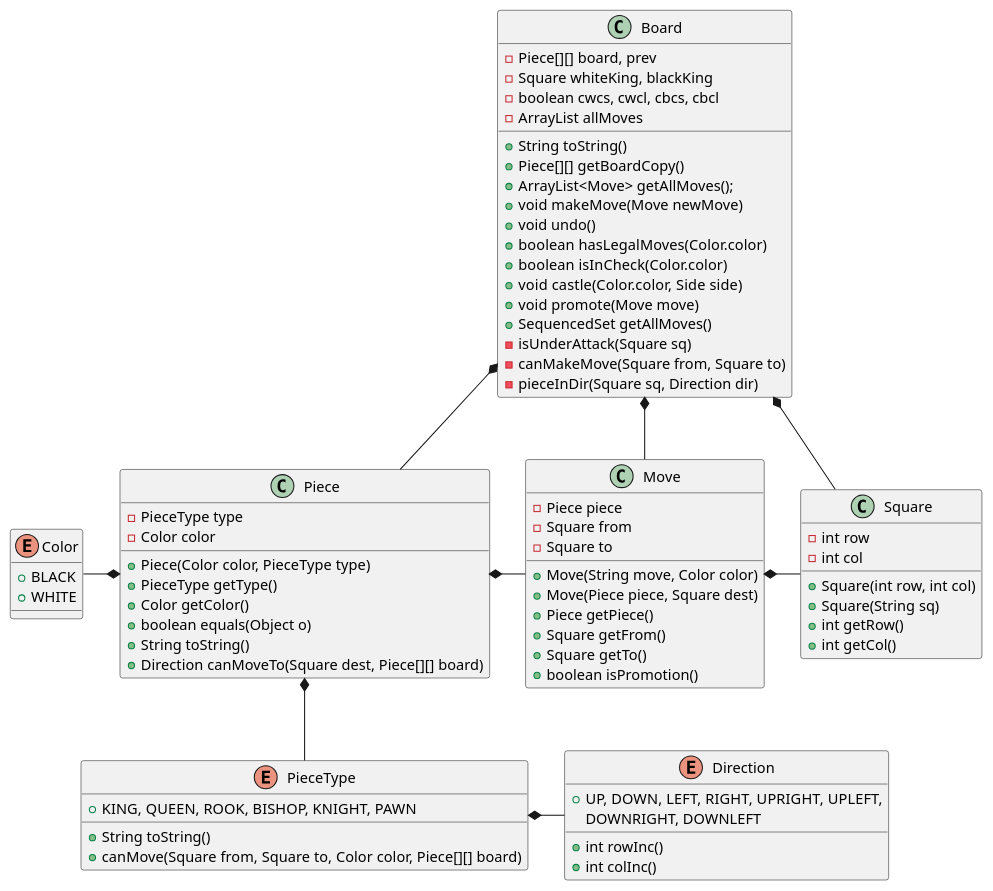
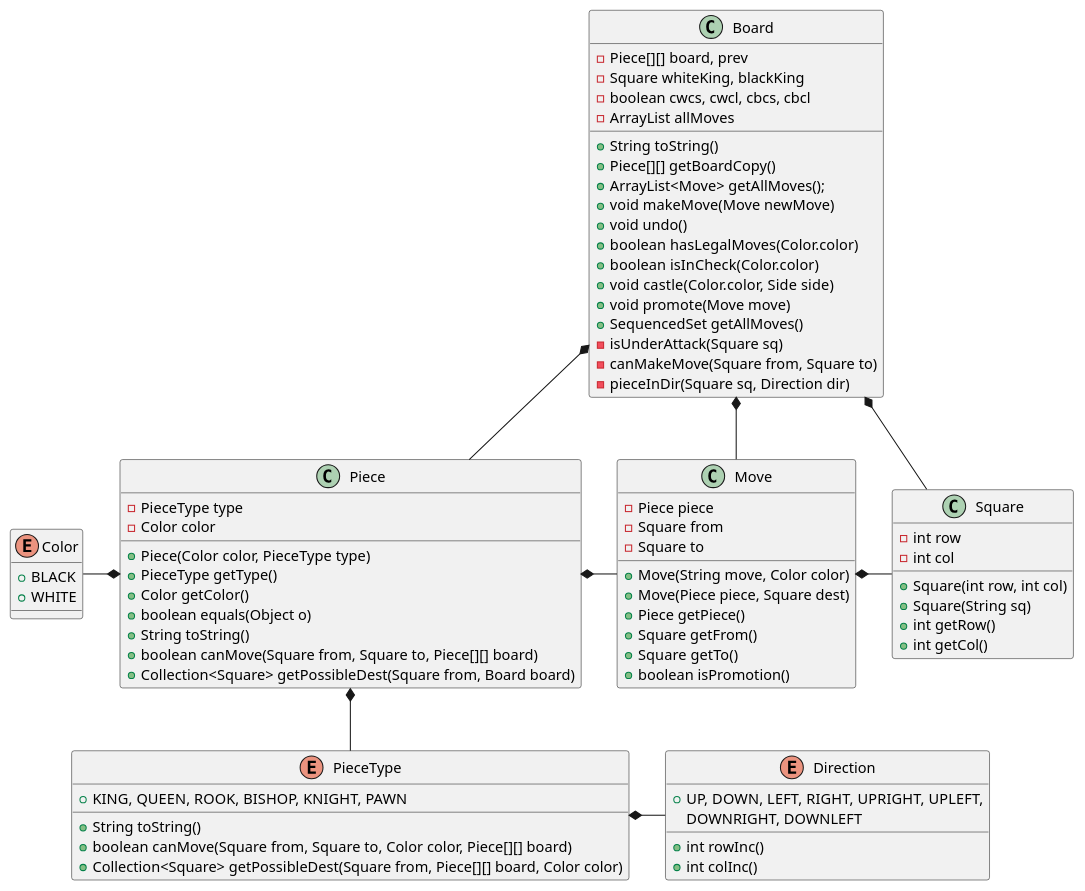
Before and after one commit to rodrihern/POO-ITBA: the diagram in src/Chess/utils/Chess_diagram.puml, drawn with PlantUML. The commit also changed 4 other files, not shown here.

```diff
--- a/src/Chess/utils/Chess_diagram.puml
+++ b/src/Chess/utils/Chess_diagram.puml
@@ -1,84 +1,86 @@
 @startuml
 
 
 class Board {
     -Piece[][] board, prev
     -Square whiteKing, blackKing
     -boolean cwcs, cwcl, cbcs, cbcl
     -ArrayList allMoves
     +String toString()
     +Piece[][] getBoardCopy()
     +ArrayList<Move> getAllMoves();
     +void makeMove(Move newMove)
     +void undo()
     +boolean hasLegalMoves(Color.color)
     +boolean isInCheck(Color.color)
     +void castle(Color.color, Side side)
     +void promote(Move move)
     +SequencedSet getAllMoves()
     -isUnderAttack(Square sq)
     -canMakeMove(Square from, Square to)
     -pieceInDir(Square sq, Direction dir)
 
 }
 
 class Piece {
     -PieceType type
     -Color color
     +Piece(Color color, PieceType type)
     +PieceType getType()
     +Color getColor()
     +boolean equals(Object o)
     +String toString()
-    +Direction canMoveTo(Square dest, Piece[][] board)
+    +boolean canMove(Square from, Square to, Piece[][] board)
+    +Collection<Square> getPossibleDest(Square from, Board board)
 }
 
 class Move {
     -Piece piece
     -Square from
     -Square to
     +Move(String move, Color color)
     +Move(Piece piece, Square dest)
     +Piece getPiece()
     +Square getFrom()
     +Square getTo()
     +boolean isPromotion()
 }
 
 class Square {
     -int row
     -int col
     +Square(int row, int col)
     +Square(String sq)
     +int getRow()
     +int getCol()
 }
 
 enum Color {
     +BLACK
     +WHITE
 }
 
 enum Direction {
     +UP, DOWN, LEFT, RIGHT, UPRIGHT, UPLEFT,
     DOWNRIGHT, DOWNLEFT
     +int rowInc()
     +int colInc()
 }
 
 enum PieceType {
     +KING, QUEEN, ROOK, BISHOP, KNIGHT, PAWN
     +String toString()
-    +canMove(Square from, Square to, Color color, Piece[][] board)
+    +boolean canMove(Square from, Square to, Color color, Piece[][] board)
+    +Collection<Square> getPossibleDest(Square from, Piece[][] board, Color color)
 }
 
 Board *- Move
 Board *-- Square
 Move *- Square
 Piece *- Move
 Board *-- Piece
 Piece *-- PieceType
 PieceType *- Direction
 Color -* Piece
 
 @enduml
```
